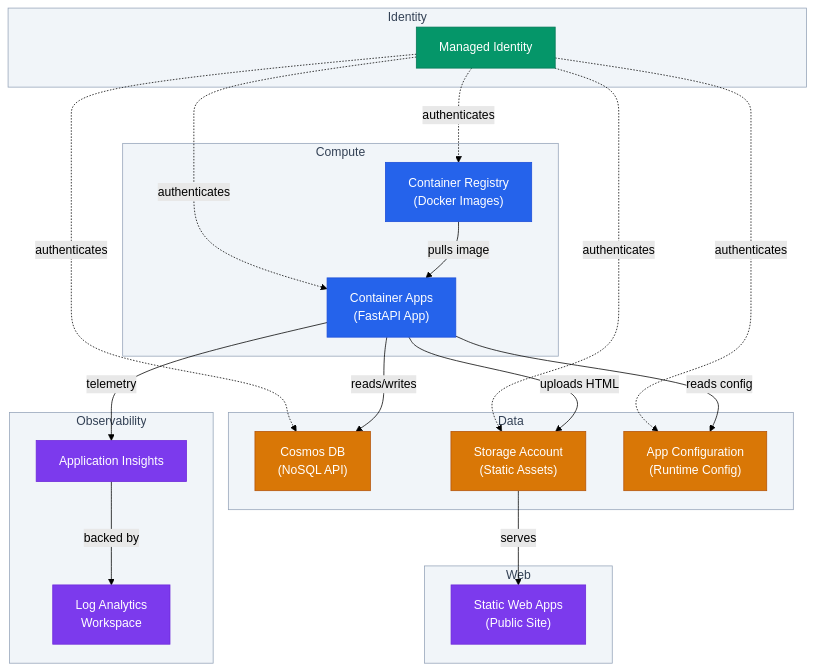
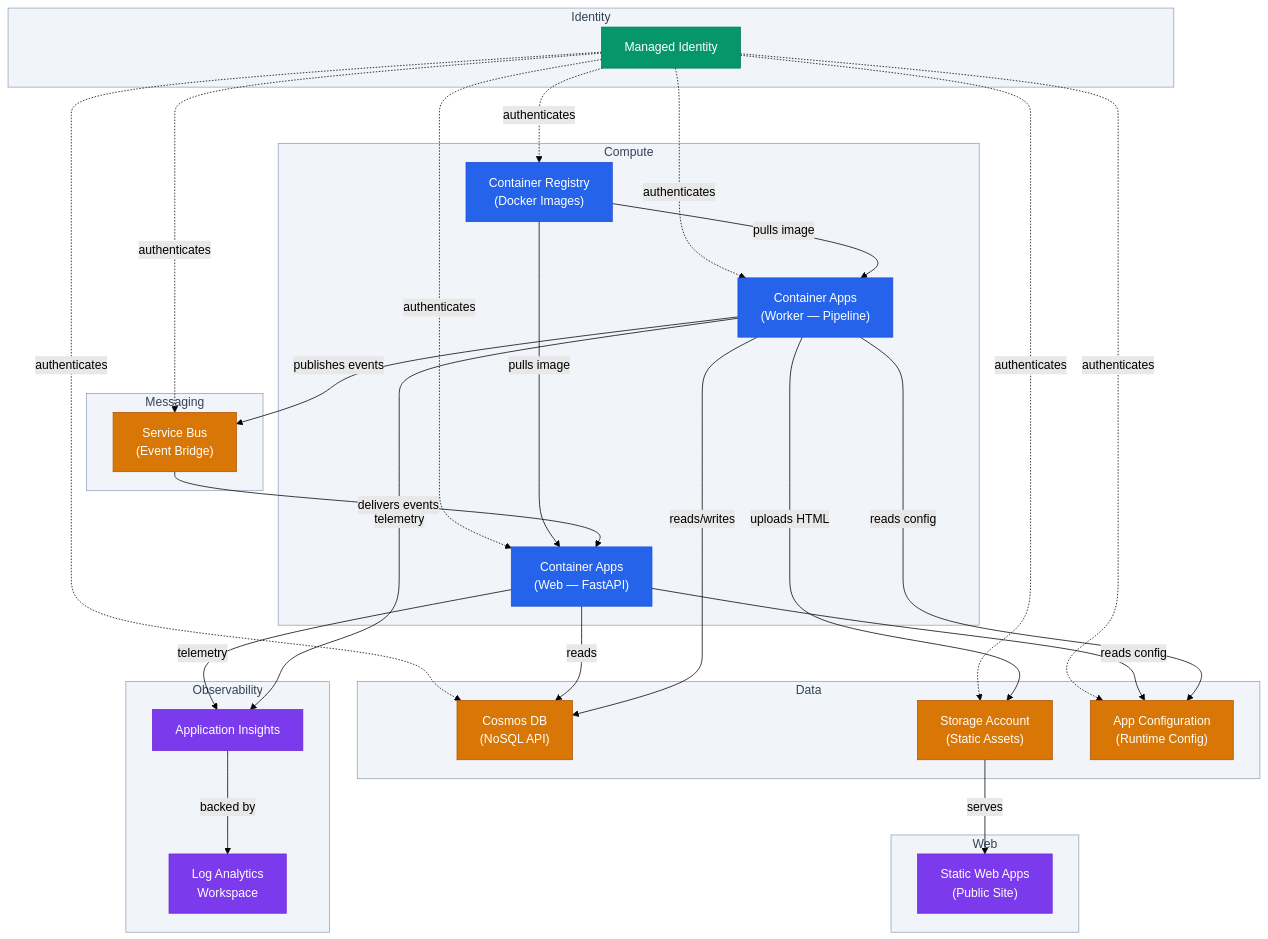
One commit to ljtill/agent-stack changed the second of 5 diagrams in docs/ARCHITECTURE.md. Above: the diagram before and after it, drawn with Mermaid (forest theme). The commit also changed other lines of this file and 253 other files, not shown here.

First line of the commit message:
Decompose monolith into web, worker, and common packages

````diff
--- a/docs/ARCHITECTURE.md
+++ b/docs/ARCHITECTURE.md
@@ -56,58 +69,72 @@
 ```mermaid
 graph TB
     subgraph Identity["Identity"]
         MI["Managed Identity"]
     end
 
     subgraph Compute["Compute"]
-        ACA["Container Apps<br/>(FastAPI App)"]
+        ACA_Web["Container Apps<br/>(Web — FastAPI)"]
+        ACA_Worker["Container Apps<br/>(Worker — Pipeline)"]
         ACR["Container Registry<br/>(Docker Images)"]
+    end
+
+    subgraph Messaging["Messaging"]
+        SB["Service Bus<br/>(Event Bridge)"]
     end
 
     subgraph Data["Data"]
         Cosmos["Cosmos DB<br/>(NoSQL API)"]
         SA["Storage Account<br/>(Static Assets)"]
         AppConfig["App Configuration<br/>(Runtime Config)"]
     end
 
     subgraph Web["Web"]
         SWA["Static Web Apps<br/>(Public Site)"]
     end
 
     subgraph Observability["Observability"]
         AppInsights["Application Insights"]
         LAW["Log Analytics<br/>Workspace"]
     end
 
-    MI -.->|authenticates| ACA
+    MI -.->|authenticates| ACA_Web
+    MI -.->|authenticates| ACA_Worker
     MI -.->|authenticates| Cosmos
     MI -.->|authenticates| SA
     MI -.->|authenticates| ACR
     MI -.->|authenticates| AppConfig
+    MI -.->|authenticates| SB
 
-    ACR -->|pulls image| ACA
-    ACA -->|reads/writes| Cosmos
-    ACA -->|uploads HTML| SA
-    ACA -->|reads config| AppConfig
+    ACR -->|pulls image| ACA_Web
+    ACR -->|pulls image| ACA_Worker
+    ACA_Web -->|reads| Cosmos
+    ACA_Worker -->|reads/writes| Cosmos
+    ACA_Worker -->|uploads HTML| SA
+    ACA_Web -->|reads config| AppConfig
+    ACA_Worker -->|reads config| AppConfig
+    ACA_Worker -->|publishes events| SB
+    SB -->|delivers events| ACA_Web
     SA -->|serves| SWA
 
-    ACA -->|telemetry| AppInsights
+    ACA_Web -->|telemetry| AppInsights
+    ACA_Worker -->|telemetry| AppInsights
     AppInsights -->|backed by| LAW
 
     classDef outer fill:#2563eb,stroke:#1d4ed8,color:#fff
     classDef inner fill:#7c3aed,stroke:#6d28d9,color:#fff
     classDef infra fill:#d97706,stroke:#b45309,color:#fff
     classDef human fill:#059669,stroke:#047857,color:#fff
 
-    class ACA,ACR outer
+    class ACA_Web,ACA_Worker,ACR outer
     class SWA inner
-    class Cosmos,SA,AppConfig infra
+    class Cosmos,SA,AppConfig,SB infra
     class MI human
     class AppInsights,LAW inner
 
     style Identity fill:#f1f5f9,stroke:#94a3b8,color:#334155
     style Compute fill:#f1f5f9,stroke:#94a3b8,color:#334155
+    style Messaging fill:#f1f5f9,stroke:#94a3b8,color:#334155
     style Data fill:#f1f5f9,stroke:#94a3b8,color:#334155
     style Web fill:#f1f5f9,stroke:#94a3b8,color:#334155
     style Observability fill:#f1f5f9,stroke:#94a3b8,color:#334155
 ```
````
